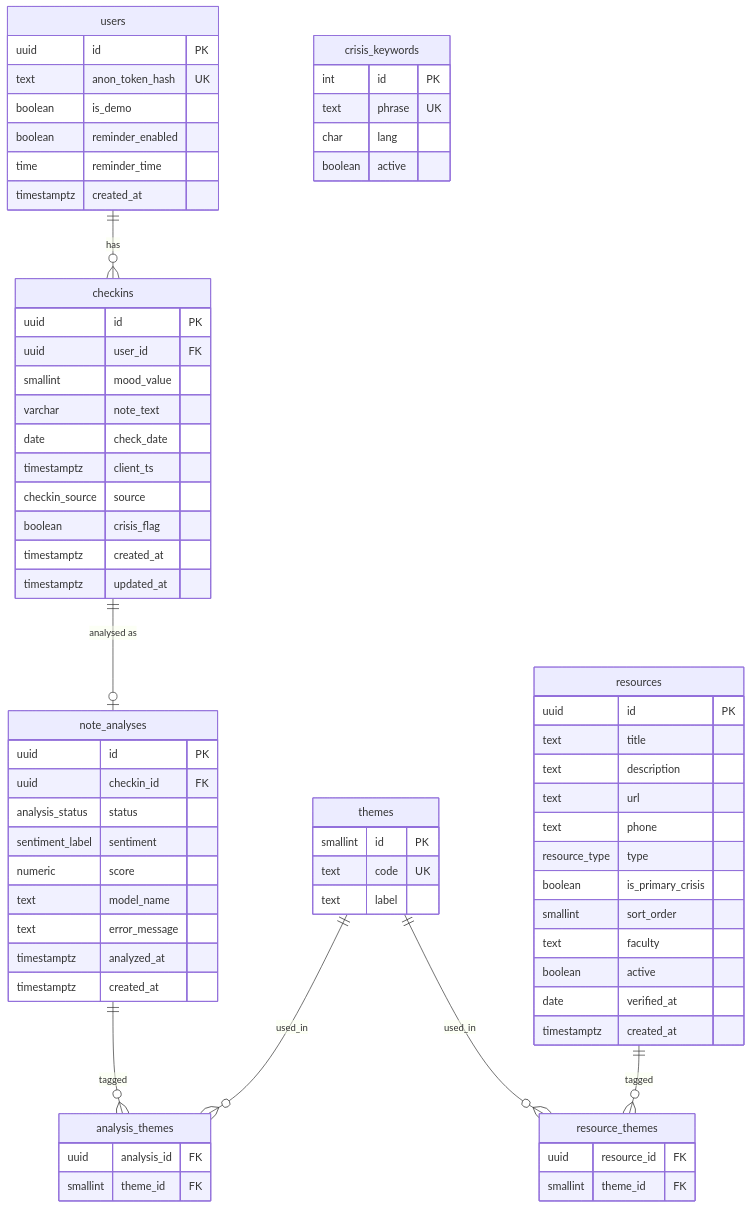
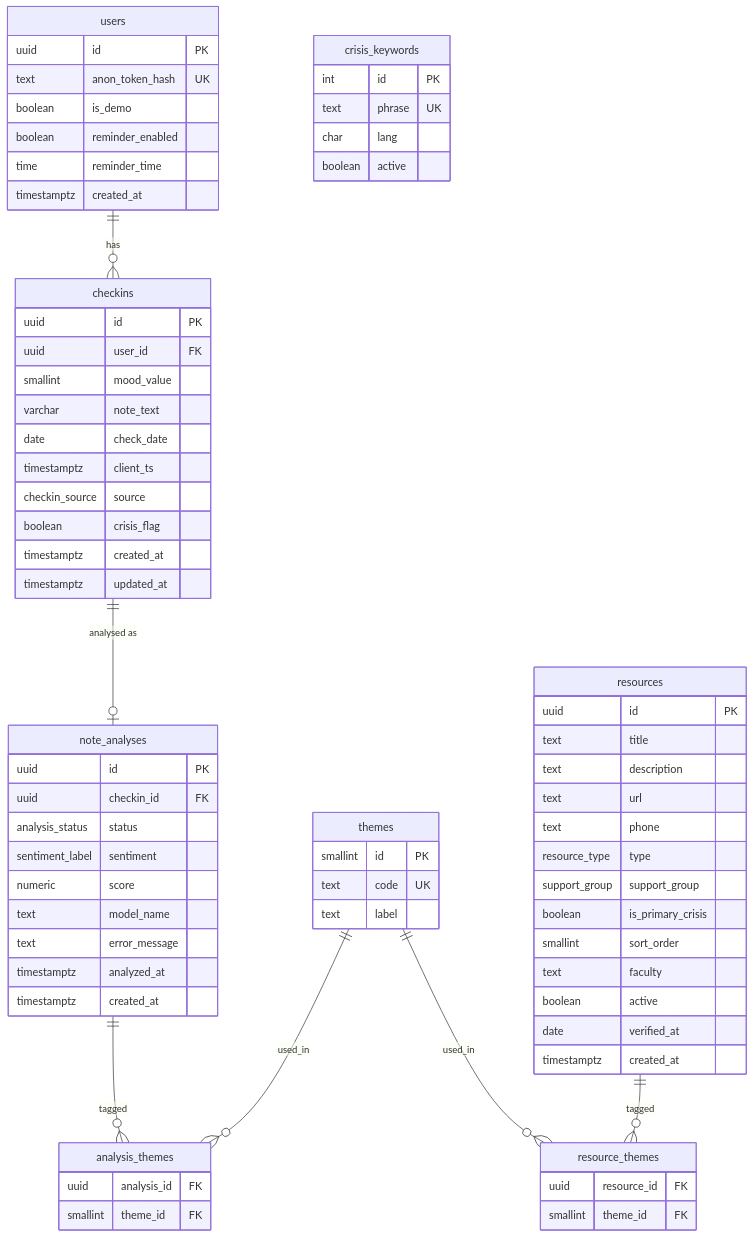
One commit to Nalen518/Senior-Project changed the fourth of 4 diagrams in docs/ARCHITECTURE.md. Above: the diagram before and after it, drawn with Mermaid. The commit also changed 4 other files, not shown here.

First line of the commit message:
docs: ports and CORS for local runs, API contract 1.3, support_group

````diff
--- a/docs/ARCHITECTURE.md
+++ b/docs/ARCHITECTURE.md
@@ -178,74 +178,75 @@
 ```mermaid
 erDiagram
   users ||--o{ checkins : has
   checkins ||--o| note_analyses : "analysed as"
   note_analyses ||--o{ analysis_themes : tagged
   themes ||--o{ analysis_themes : used_in
   resources ||--o{ resource_themes : tagged
   themes ||--o{ resource_themes : used_in
 
   users {
     uuid id PK
     text anon_token_hash UK
     boolean is_demo
     boolean reminder_enabled
     time reminder_time
     timestamptz created_at
   }
   checkins {
     uuid id PK
     uuid user_id FK
     smallint mood_value
     varchar note_text
     date check_date
     timestamptz client_ts
     checkin_source source
     boolean crisis_flag
     timestamptz created_at
     timestamptz updated_at
   }
   note_analyses {
     uuid id PK
     uuid checkin_id FK
     analysis_status status
     sentiment_label sentiment
     numeric score
     text model_name
     text error_message
     timestamptz analyzed_at
     timestamptz created_at
   }
   themes {
     smallint id PK
     text code UK
     text label
   }
   analysis_themes {
     uuid analysis_id FK
     smallint theme_id FK
   }
   resources {
     uuid id PK
     text title
     text description
     text url
     text phone
     resource_type type
+    support_group support_group
     boolean is_primary_crisis
     smallint sort_order
     text faculty
     boolean active
     date verified_at
     timestamptz created_at
   }
   resource_themes {
     uuid resource_id FK
     smallint theme_id FK
   }
   crisis_keywords {
     int id PK
     text phrase UK
     char lang
     boolean active
   }
 ```
````
